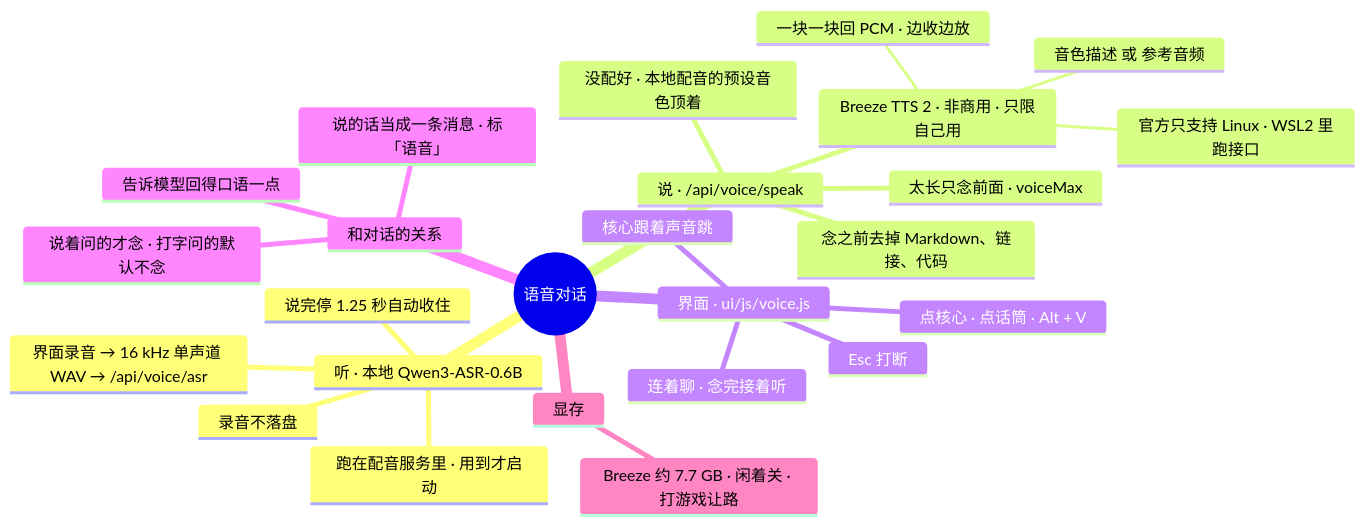
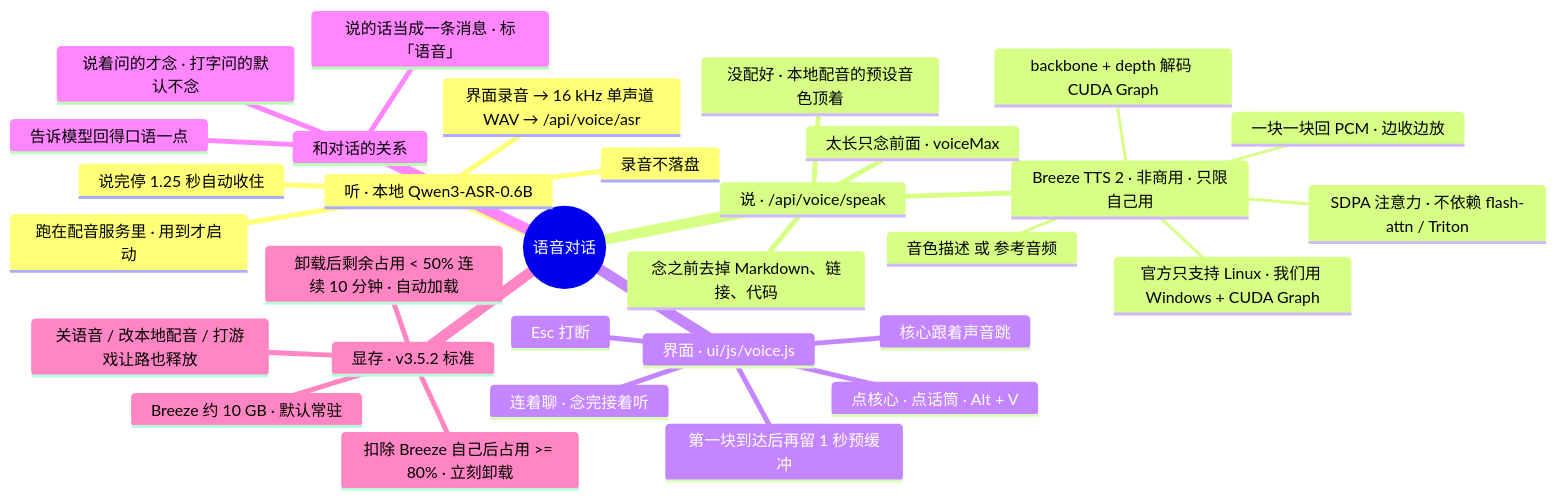
The diagram in docs/AI文档/架构/17-语音对话.md (lql-076/Experiment-Agent-One), drawn with Mermaid before and after one commit. The commit also changed other lines of this file and 17 other files, not shown here.

````diff
--- a/docs/AI文档/架构/17-语音对话.md
+++ b/docs/AI文档/架构/17-语音对话.md
@@ -9,28 +9,34 @@
 ```mermaid
 mindmap
   root((语音对话))
     听 · 本地 Qwen3-ASR-0.6B
       跑在配音服务里 · 用到才启动
       界面录音 → 16 kHz 单声道 WAV → /api/voice/asr
       说完停 1.25 秒自动收住
       录音不落盘
     说 · /api/voice/speak
       Breeze TTS 2 · 非商用 · 只限自己用
-        官方只支持 Linux · WSL2 里跑接口
+        官方只支持 Linux · 我们用 Windows + CUDA Graph
+        SDPA 注意力 · 不依赖 flash-attn / Triton
+        backbone + depth 解码 CUDA Graph
         音色描述 或 参考音频
         一块一块回 PCM · 边收边放
       没配好 · 本地配音的预设音色顶着
       念之前去掉 Markdown、链接、代码
       太长只念前面 · voiceMax
     界面 · ui/js/voice.js
       点核心 · 点话筒 · Alt + V
       Esc 打断
       核心跟着声音跳
       连着聊 · 念完接着听
+      第一块到达后再留 1 秒预缓冲
     和对话的关系
       说的话当成一条消息 · 标「语音」
       告诉模型回得口语一点
       说着问的才念 · 打字问的默认不念
-    显存
-      Breeze 约 7.7 GB · 闲着关 · 打游戏让路
+    显存 · v3.5.2 标准
+      Breeze 约 10 GB · 默认常驻
+      扣除 Breeze 自己后占用 >= 80% · 立刻卸载
+      卸载后剩余占用 < 50% 连续 10 分钟 · 自动加载
+      关语音 / 改本地配音 / 打游戏让路也释放
 ```
````
